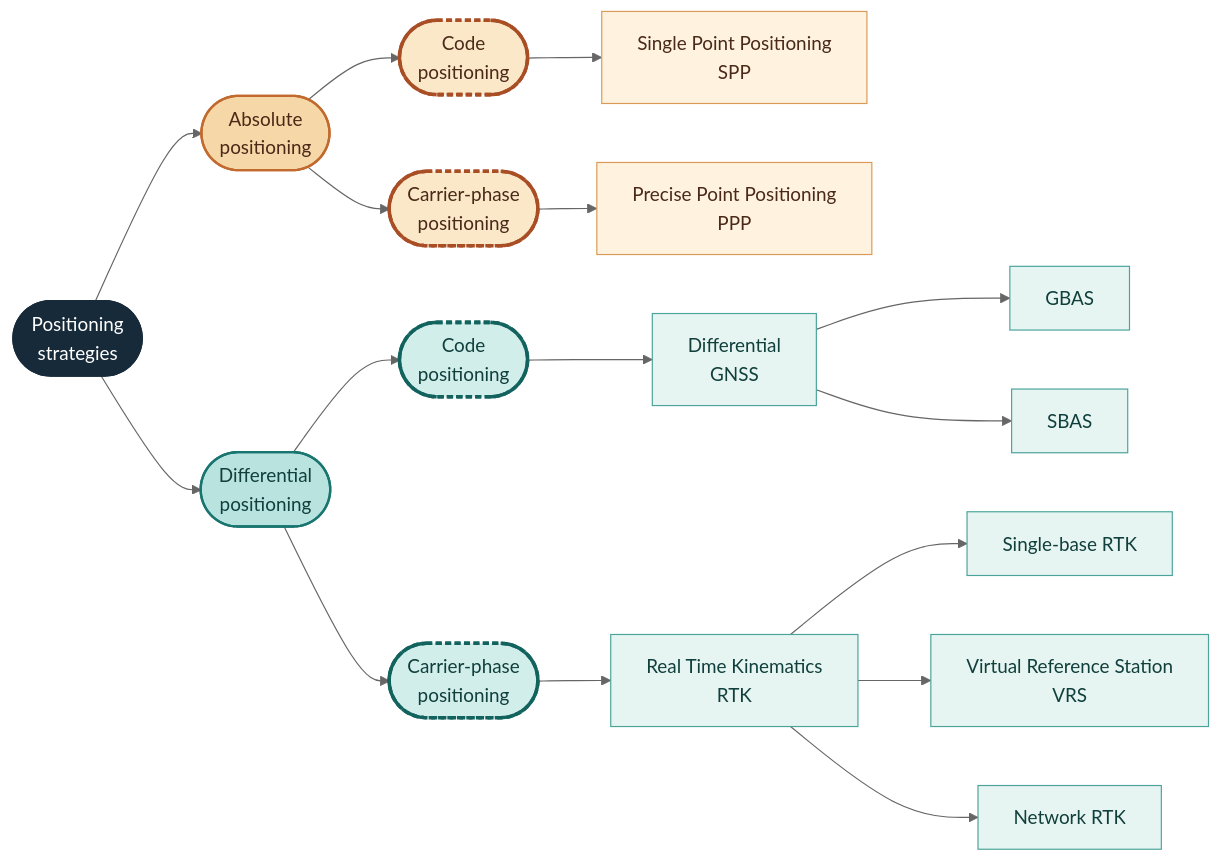
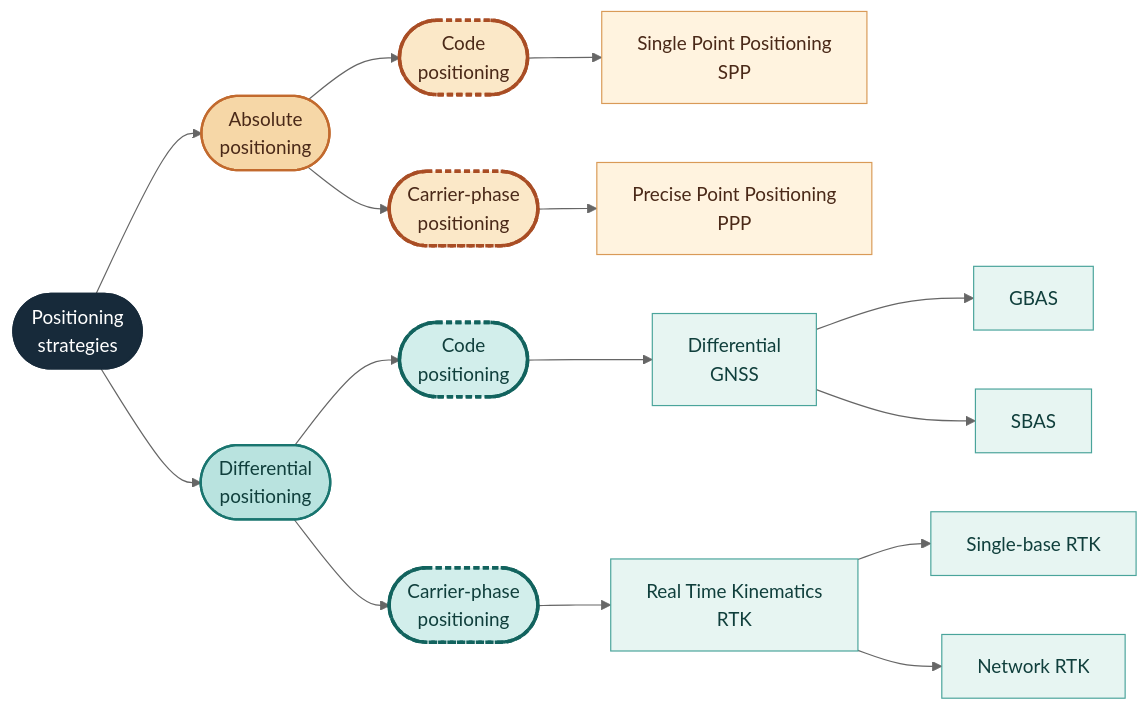
One commit to mgfernan/uab-positioning changed the second of 2 diagrams in slides/sections/session-2-pvt.qmd. Above: the diagram before and after it, drawn with Mermaid (neutral theme). The commit also changed other lines of this file, not shown here.

Commit message:
feat(pvt): first draft of RTK techniques

````diff
--- a/slides/sections/session-2-pvt.qmd
+++ b/slides/sections/session-2-pvt.qmd
@@ -2458,33 +2544,31 @@
 ```{mermaid}
-%%| fig-cap: "Positioning strategies"
 flowchart LR
 
     A(["Positioning<br/>strategies"]) --> B1(["Absolute<br/>positioning"])
     A --> B2(["Differential<br/>positioning"])
 
     B1 --> B11(["Code<br/>positioning"]) --> B111["Single Point Positioning<br/>SPP"]
     B1 --> B12(["Carrier-phase<br/>positioning"]) --> B121["Precise Point Positioning<br/>PPP"]
 
     B2 --> B21(["Code<br/>positioning"]) --> B211["Differential<br/>GNSS"] --> B2111["GBAS"]
     B211 --> B2112["SBAS"]
 
     B2 --> B22(["Carrier-phase<br/>positioning"]) --> B221["Real Time Kinematics<br/>RTK"] --> B2211["Single-base RTK"]
-    B221 --> B2212["Virtual Reference Station</br>VRS"]
-    B221 --> B2213["Network RTK"]
+    B221 --> B2212["Network RTK"]
 
     classDef root fill:#172a3a,stroke:#172a3a,color:#ffffff,stroke-width:2px
     classDef abs fill:#f6d7a7,stroke:#c26a2e,color:#4a2918,stroke-width:2px
     classDef absLeaf fill:#fff3df,stroke:#d99a57,color:#4a2918
     classDef diff fill:#b9e3df,stroke:#19756f,color:#103f3c,stroke-width:2px
     classDef diffLeaf fill:#e7f5f2,stroke:#4aa49b,color:#103f3c
     classDef absMethod fill:#fbe8c8,stroke:#a94d24,color:#4a2918,stroke-width:3px,stroke-dasharray:5 3
     classDef diffMethod fill:#d2eeeb,stroke:#12635e,color:#103f3c,stroke-width:3px,stroke-dasharray:5 3
 
     class A root
     class B1 abs
     class B11,B12 absMethod
     class B111,B121 absLeaf
     class B2 diff
     class B21,B22 diffMethod
-    class B211,B2111,B2112,B221,B2211,B2212,B2213 diffLeaf
+    class B211,B2111,B2112,B221,B2211,B2212 diffLeaf
 ```
````
